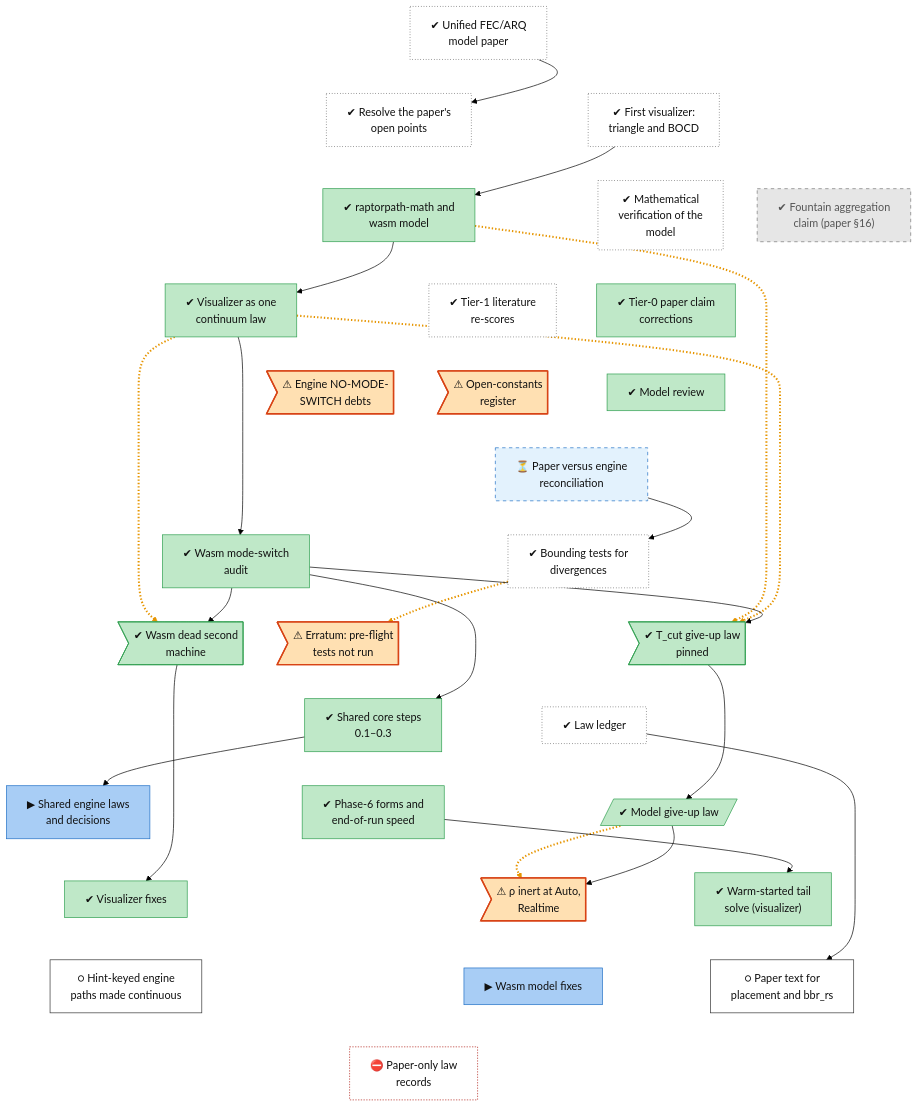
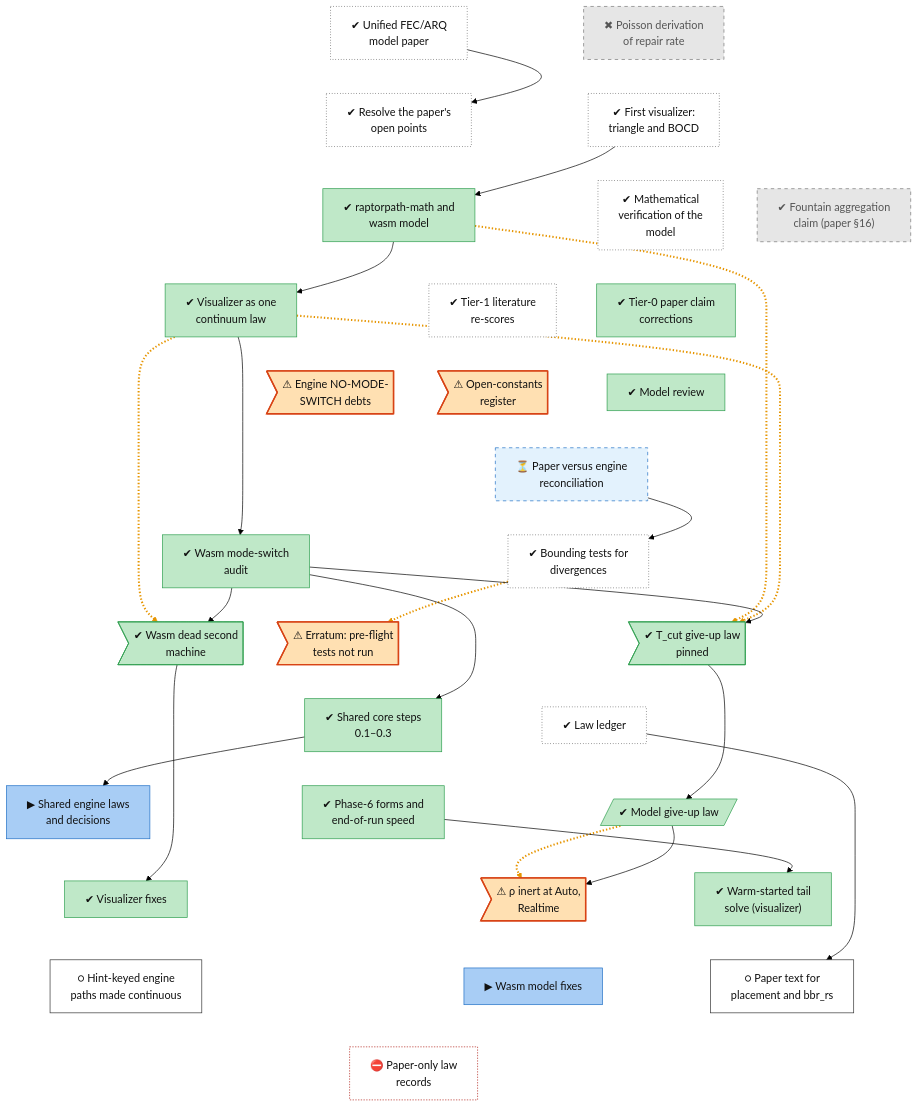
One commit to lhns/raptorpath changed the diagram in docs/roadmap/tracks/model.md. Above: the diagram before and after it, drawn with Mermaid (forest theme). The commit also changed other lines of this file and 15 other files, not shown here.

First line of the commit message:
roadmap: show folded records; labelled backfill items; own-verdict records promoted

````diff
--- a/docs/roadmap/tracks/model.md
+++ b/docs/roadmap/tracks/model.md
@@ -10,6 +10,7 @@
 ```mermaid
 flowchart TB
     model_paper_v1["✔ Unified FEC/ARQ<br/>model paper"]
+    model_poisson_rate["✖ Poisson derivation<br/>of repair rate"]
     model_open_points["✔ Resolve the paper's<br/>open points"]
     model_visualizer_v1["✔ First visualizer:<br/>triangle and BOCD"]
     model_wasm_l0["✔ raptorpath-math and<br/>wasm model"]
@@ -40,7 +41,7 @@
     model_fix_paper_p2["○ Paper text for<br/>placement and bbr_rs"]
     model_fix_paper_p3["⛔ Paper-only law<br/>records"]
     model_paper_v1 ~~~ model_open_points
-    model_paper_v1 ~~~ model_visualizer_v1
+    model_poisson_rate ~~~ model_visualizer_v1
     model_open_points ~~~ model_wasm_l0
     model_visualizer_v1 ~~~ model_math_verification
     model_visualizer_v1 ~~~ model_s16_fountain
@@ -107,8 +108,8 @@
     classDef defect fill:#ffe0b2,stroke:#d84315,stroke-width:2px,color:#111
     classDef waiting fill:#e3f2fd,stroke:#1f6fc5,stroke-dasharray:5 5,color:#111
     class model_paper_v1,model_open_points,model_visualizer_v1,model_math_verification,model_tier1_rescores,model_bound_tests,model_law_ledger unrated
+    class model_poisson_rate,model_s16_fountain dead
     class model_wasm_l0,model_vis_continuum,model_tier0_corrections,model_review_37,model_wasm_audit,model_defect_tcut,model_defect_dead_machine,model_shared_core_0,model_endspeed,model_giveup_law,model_viz_fix,model_warm_start succ
-    class model_s16_fountain dead
     class model_mode_switch_debts,model_open_constants,model_bound_tests_unrun,model_defect_rho_inert defect
     class model_paper_recon waiting
     class model_shared_core,model_wasm_fixes inprog
````
